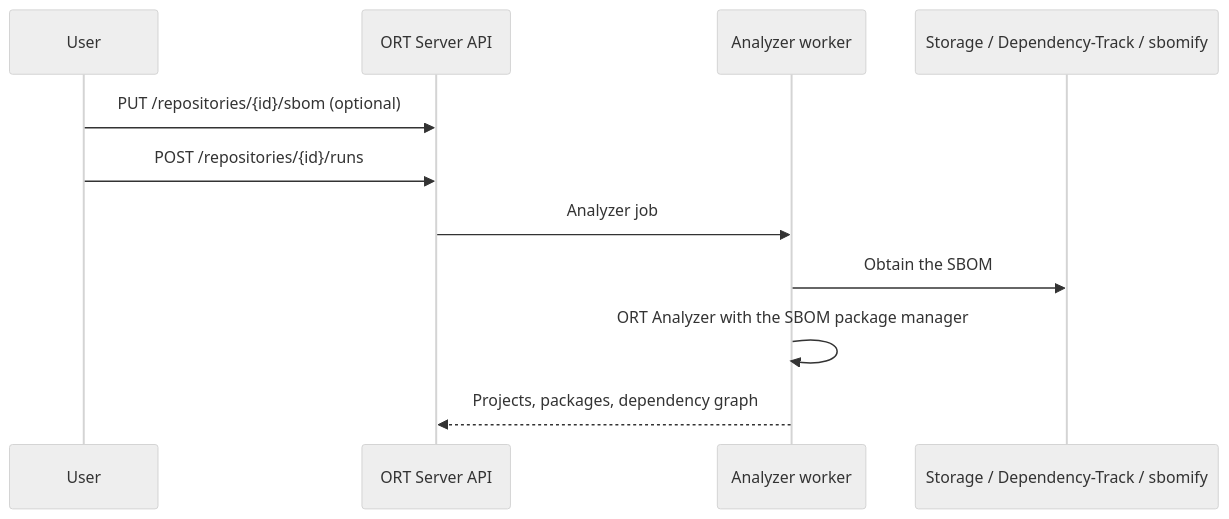
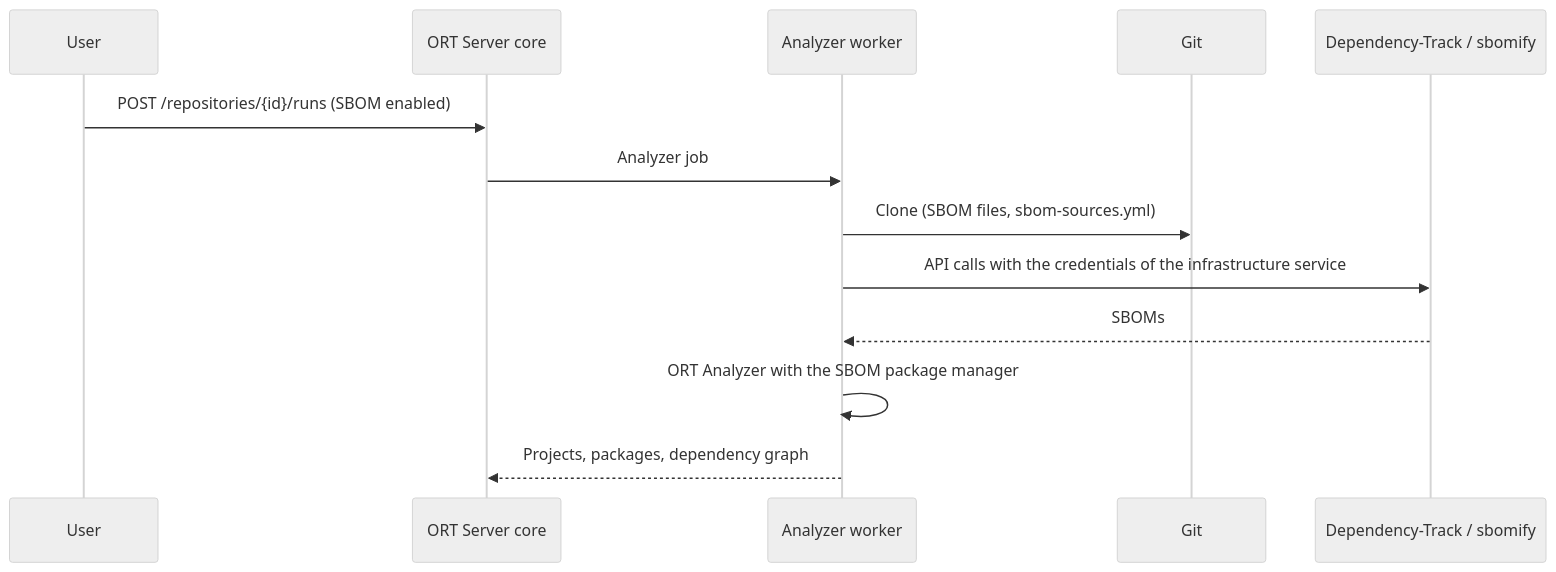
The diagram in docs/ort-server.md (heurtematte/ort-sbom-plugin), drawn with Mermaid (neutral theme) before and after one commit. The commit also changed other lines of this file and 25 other files, not shown here.

````diff
--- a/docs/ort-server.md
+++ b/docs/ort-server.md
@@ -24,13 +128,15 @@
 ```mermaid
 sequenceDiagram
     participant User
-    participant API as ORT Server API
+    participant Core as ORT Server core
     participant Worker as Analyzer worker
-    participant Source as Storage / Dependency-Track / sbomify
-    User->>API: PUT /repositories/{id}/sbom (optional)
-    User->>API: POST /repositories/{id}/runs
-    API->>Worker: Analyzer job
-    Worker->>Source: Obtain the SBOM
+    participant Git
+    participant Source as Dependency-Track / sbomify
+    User->>Core: POST /repositories/{id}/runs (SBOM enabled)
+    Core->>Worker: Analyzer job
+    Worker->>Git: Clone (SBOM files, sbom-sources.yml)
+    Worker->>Source: API calls with the credentials of the infrastructure service
+    Source-->>Worker: SBOMs
     Worker->>Worker: ORT Analyzer with the SBOM package manager
-    Worker-->>API: Projects, packages, dependency graph
+    Worker-->>Core: Projects, packages, dependency graph
 ```
````
